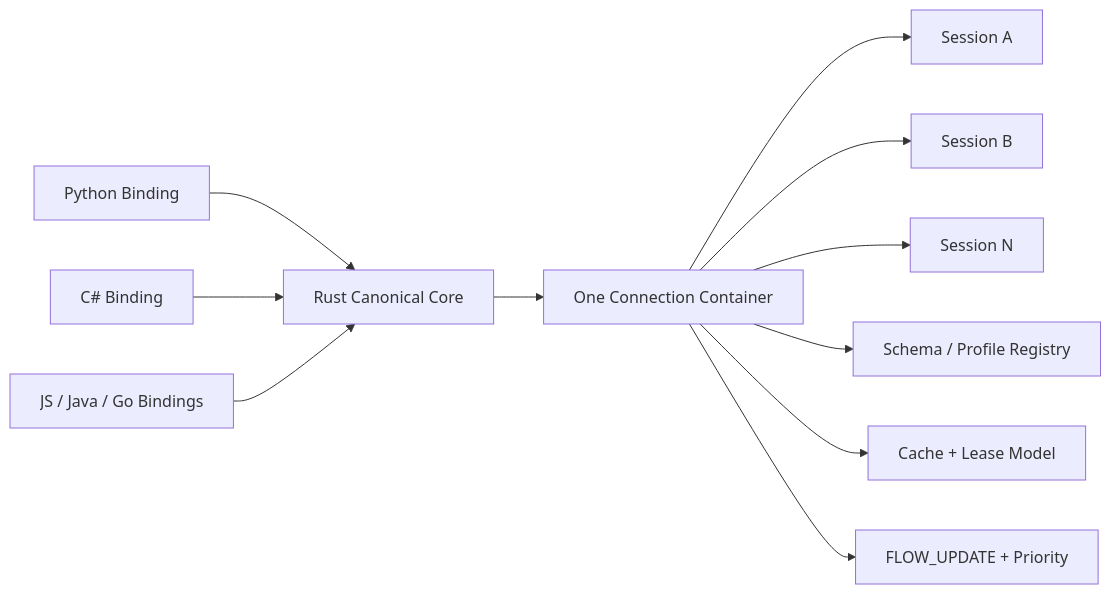
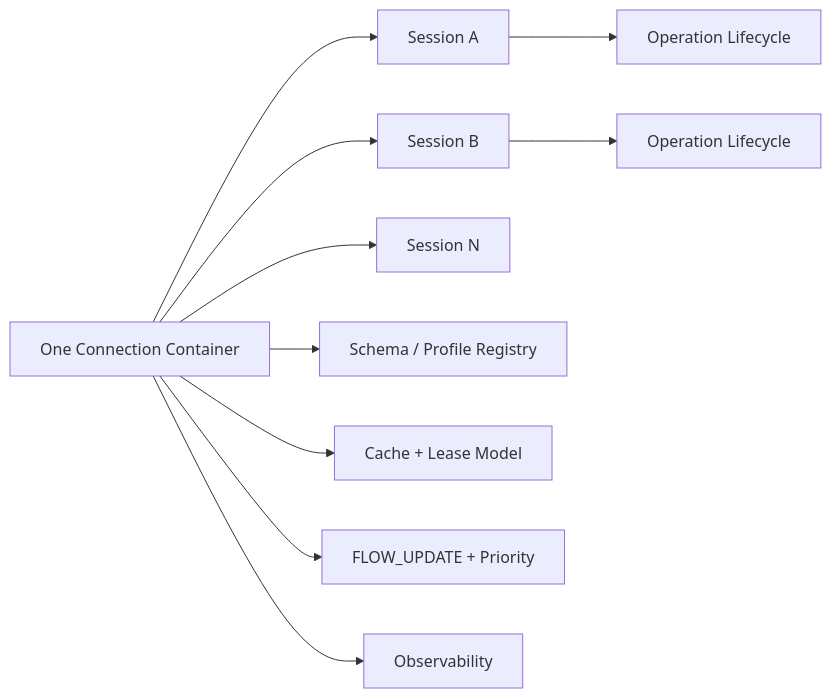
One commit to NagareWorks/nnrp-doc changed the diagram in docs/en/design/v1-preview3.md. Above: the diagram before and after it, drawn with Mermaid. The commit also changed other lines of this file and 29 other files, not shown here.

````diff
--- a/docs/en/design/v1-preview3.md
+++ b/docs/en/design/v1-preview3.md
@@ -22,13 +19,12 @@
 ```mermaid
 flowchart LR
 	CONN[One Connection Container] --> S1[Session A]
 	CONN --> S2[Session B]
-	CONN --> S3[Session N]
+	CONN --> SN[Session N]
+	S1 --> OP1[Operation Lifecycle]
+	S2 --> OP2[Operation Lifecycle]
 	CONN --> REG[Schema / Profile Registry]
 	CONN --> CACHE[Cache + Lease Model]
 	CONN --> FLOW[FLOW_UPDATE + Priority]
-	RUST[Rust Canonical Core] --> CONN
-	PY[Python Binding] --> RUST
-	CS[C# Binding] --> RUST
-	FUTURE[JS / Java / Go Bindings] --> RUST
+	CONN --> OBS[Observability]
 ```
````
